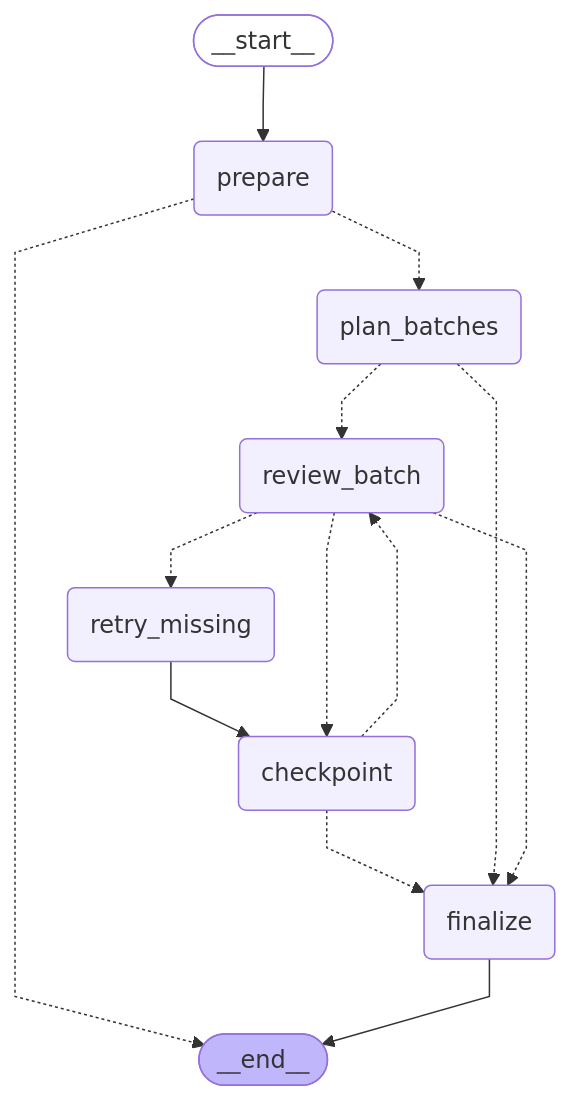
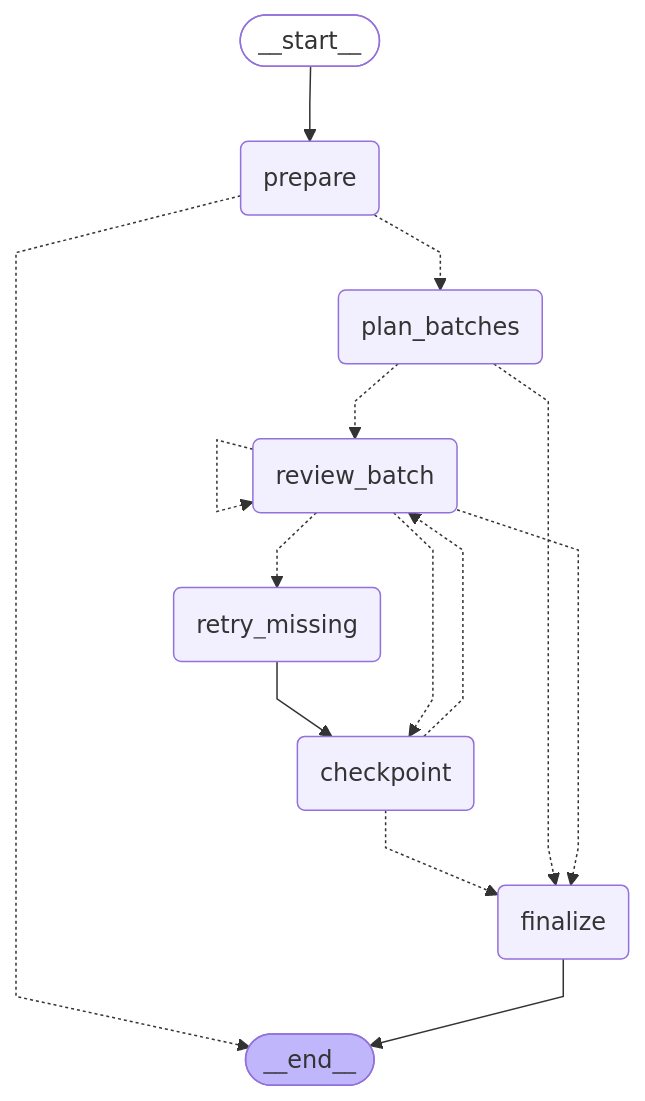
Before and after one commit to 7ossamelnagarpro/Verdict-Security-Reviewer-Agent: the diagram in docs/agents/security-review-agent.mmd, drawn with Mermaid. The commit also changed 68 other files, not shown here.

Commit message:
Add agent graphs and benchmark evaluation

```diff
--- a/docs/agents/security-review-agent.mmd
+++ b/docs/agents/security-review-agent.mmd
@@ -1,29 +1,30 @@
 ---
 config:
   flowchart:
     curve: linear
 ---
 graph TD;
 	__start__([<p>__start__</p>]):::first
 	prepare(prepare)
 	plan_batches(plan_batches)
 	review_batch(review_batch)
 	retry_missing(retry_missing)
 	checkpoint(checkpoint)
 	finalize(finalize)
 	__end__([<p>__end__</p>]):::last
 	__start__ --> prepare;
 	checkpoint -.-> finalize;
 	checkpoint -.-> review_batch;
 	plan_batches -.-> finalize;
 	plan_batches -.-> review_batch;
 	prepare -.-> __end__;
 	prepare -.-> plan_batches;
 	retry_missing --> checkpoint;
 	review_batch -.-> checkpoint;
 	review_batch -.-> finalize;
 	review_batch -.-> retry_missing;
 	finalize --> __end__;
+	review_batch -.-> review_batch;
 	classDef default fill:#f2f0ff,line-height:1.2
 	classDef first fill-opacity:0
 	classDef last fill:#bfb6fc
```
